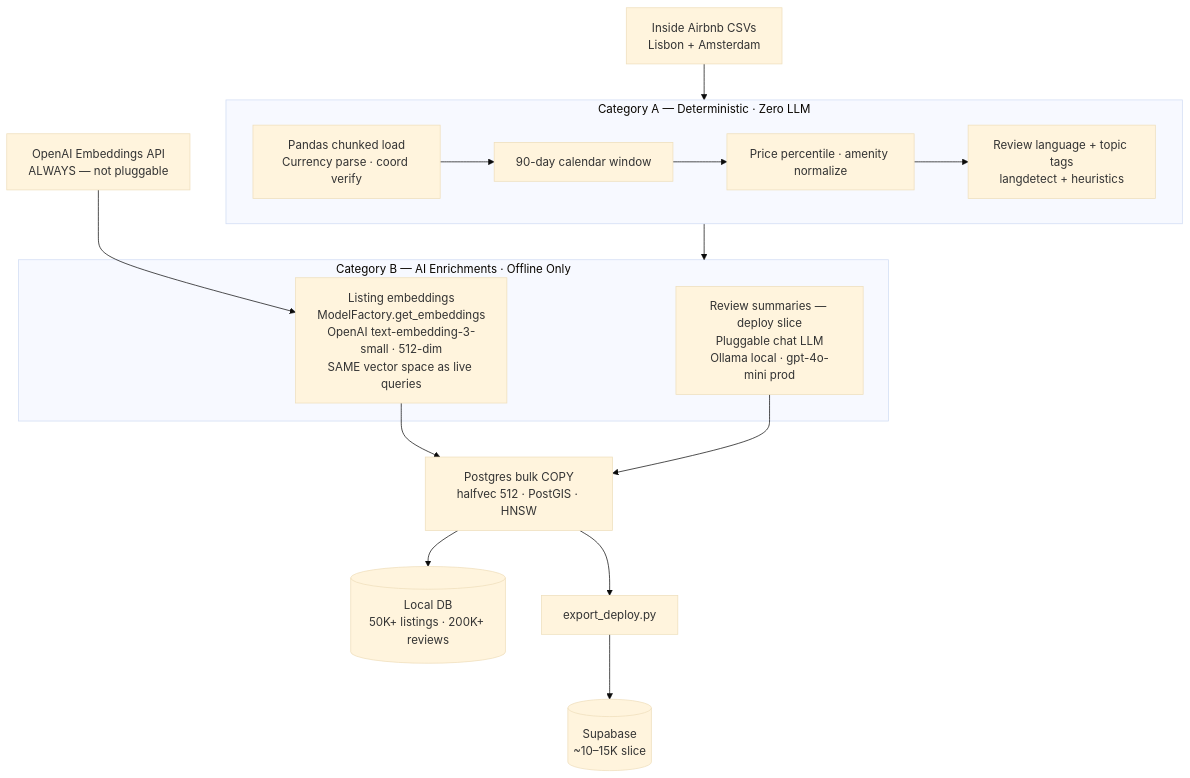
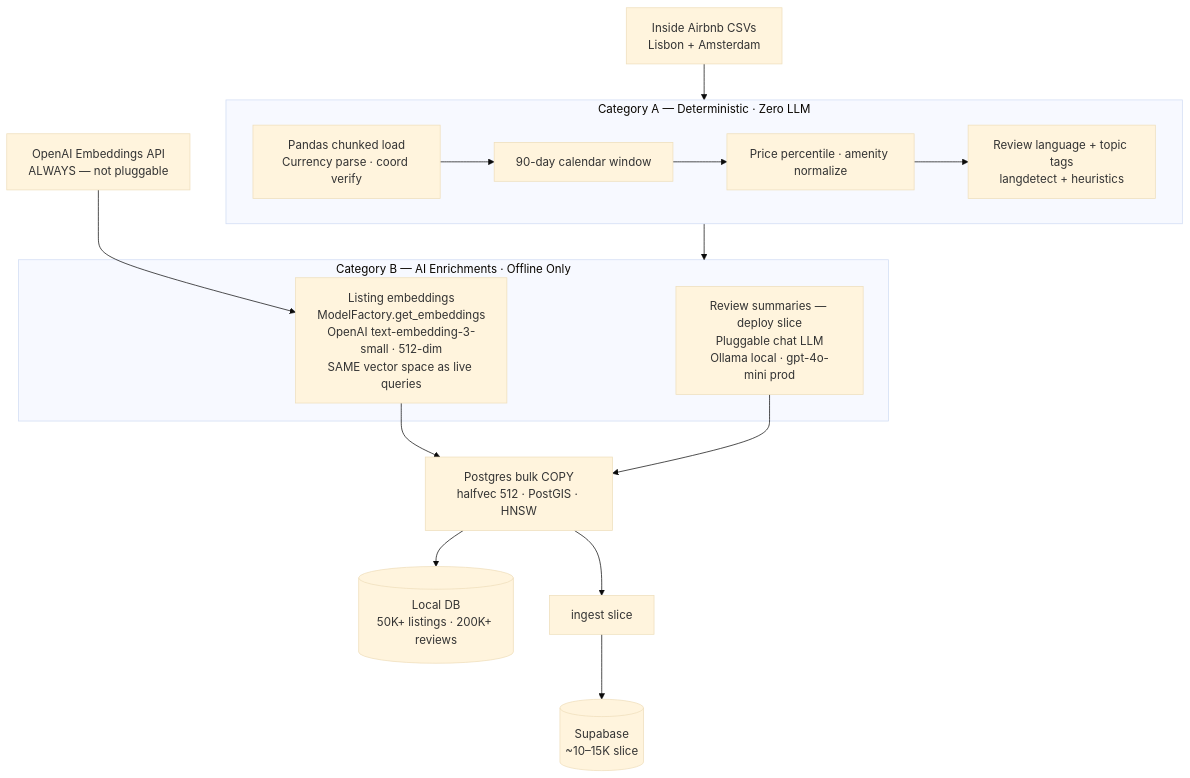
The fourth of 7 diagrams in proj-docs/HL-component-diagram.md (arslankabir/travel-ai-app), drawn with Mermaid (base theme) before and after one commit. The commit also changed other lines of this file and 23 other files, not shown here.

Commit message:
chore: pre-deploy cleanup — gitignore brief, drop unused deps, sanitize docs Ignore assignment brief in git; remove unused shadcn deps and export stub; simplify map fit logic; scrub personal/hardware references from docs.

````diff
--- a/proj-docs/HL-component-diagram.md
+++ b/proj-docs/HL-component-diagram.md
@@ -161,27 +161,27 @@
 ```mermaid
 flowchart TD
     Raw["Inside Airbnb CSVs<br/>Lisbon + Amsterdam"] --> CatA
 
     subgraph CatA["Category A — Deterministic · Zero LLM"]
         Validate["Pandas chunked load<br/>Currency parse · coord verify"]
         Cal["90-day calendar window"]
         E1["Price percentile · amenity normalize"]
         E3["Review language + topic tags<br/>langdetect + heuristics"]
         Validate --> Cal --> E1 --> E3
     end
 
     subgraph CatB["Category B — AI Enrichments · Offline Only"]
         Embed["Listing embeddings<br/>ModelFactory.get_embeddings<br/>OpenAI text-embedding-3-small · 512-dim<br/>SAME vector space as live queries"]
         E4["Review summaries — deploy slice<br/>Pluggable chat LLM<br/>Ollama local · gpt-4o-mini prod"]
     end
 
     CatA --> CatB
     Embed --> Load["Postgres bulk COPY<br/>halfvec 512 · PostGIS · HNSW"]
     E4 --> Load
 
     Load --> LocalDB[("Local DB<br/>50K+ listings · 200K+ reviews")]
-    Load --> Export["export_deploy.py"]
+    Load --> Export["ingest slice"]
     Export --> SupaDB[("Supabase<br/>~10–15K slice")]
 
     OpenAIEmb["OpenAI Embeddings API<br/>ALWAYS — not pluggable"] --> Embed
 ```
````
